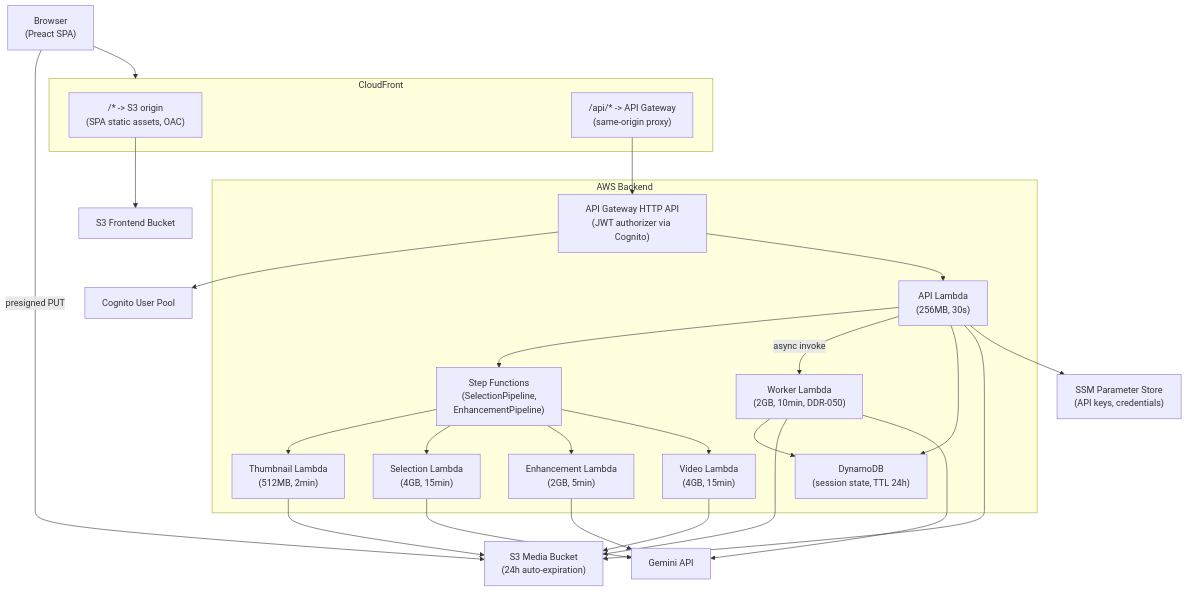
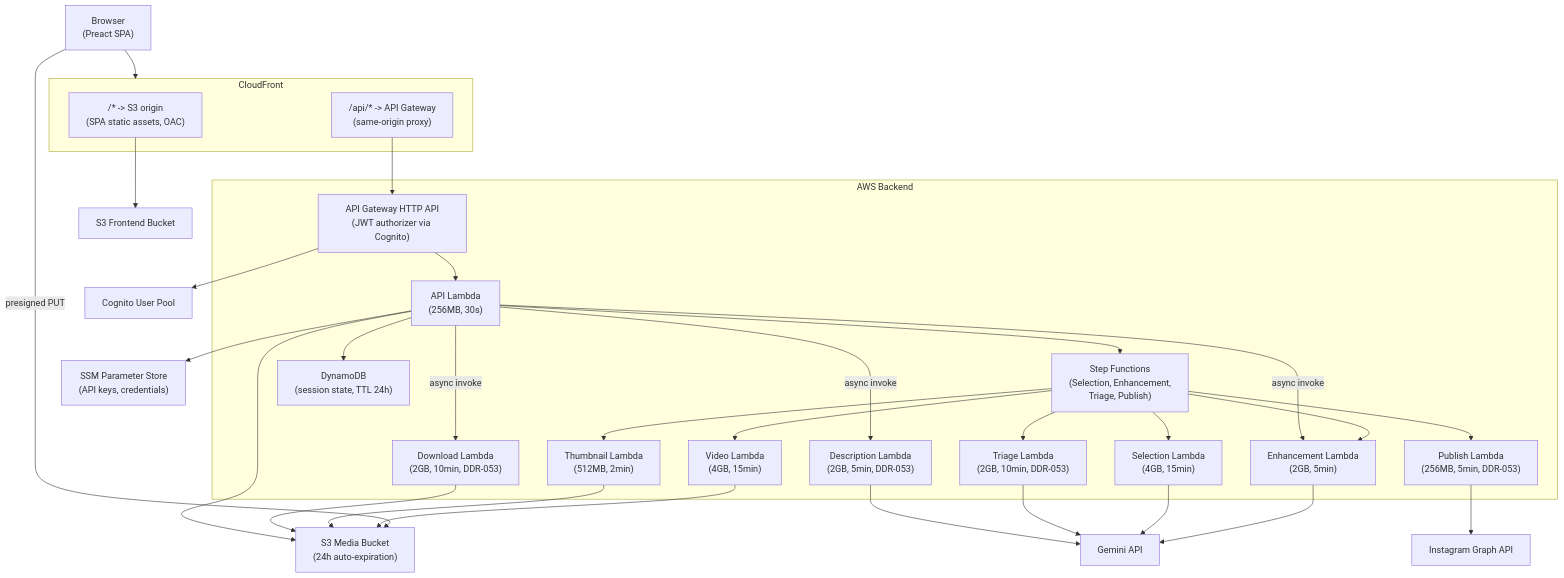
The third of 4 diagrams in docs/architecture.md (francis-pang/ai-social-media-helper), drawn with Mermaid before and after one commit. The commit also changed other lines of this file and 30 other files, not shown here.

First line of the commit message:
feat: split Worker Lambda into 4 domain-specific Lambdas + shared bootstrap (DDR-052, DDR-053)

````diff
--- a/docs/architecture.md
+++ b/docs/architecture.md
@@ -95,50 +101,59 @@
 ```mermaid
 graph TD
     Browser["Browser\n(Preact SPA)"]
 
     subgraph cloudfront [CloudFront]
         DefaultBehavior["/* -> S3 origin\n(SPA static assets, OAC)"]
         APIBehavior["/api/* -> API Gateway\n(same-origin proxy)"]
     end
 
     subgraph aws [AWS Backend]
         APIGW["API Gateway HTTP API\n(JWT authorizer via Cognito)"]
         APILambda["API Lambda\n(256MB, 30s)"]
-        WorkerLambda["Worker Lambda\n(2GB, 10min, DDR-050)"]
+        TriageLambda["Triage Lambda\n(2GB, 10min, DDR-053)"]
+        DescriptionLambda["Description Lambda\n(2GB, 5min, DDR-053)"]
+        DownloadLambda["Download Lambda\n(2GB, 10min, DDR-053)"]
+        PublishLambda["Publish Lambda\n(256MB, 5min, DDR-053)"]
         ThumbLambda["Thumbnail Lambda\n(512MB, 2min)"]
         SelectionLambda["Selection Lambda\n(4GB, 15min)"]
         EnhancementLambda["Enhancement Lambda\n(2GB, 5min)"]
         VideoLambda["Video Lambda\n(4GB, 15min)"]
-        StepFn["Step Functions\n(SelectionPipeline,\nEnhancementPipeline)"]
+        StepFn["Step Functions\n(Selection, Enhancement,\nTriage, Publish)"]
         DynamoDB["DynamoDB\n(session state, TTL 24h)"]
     end
 
     S3Media["S3 Media Bucket\n(24h auto-expiration)"]
     S3Frontend["S3 Frontend Bucket"]
     GeminiAPI["Gemini API"]
+    InstagramAPI["Instagram Graph API"]
     SSM["SSM Parameter Store\n(API keys, credentials)"]
     Cognito["Cognito User Pool"]
 
     Browser --> cloudfront
     DefaultBehavior --> S3Frontend
     APIBehavior --> APIGW
     APIGW --> Cognito
     APIGW --> APILambda
     APILambda --> StepFn
-    APILambda -->|"async invoke"| WorkerLambda
+    APILambda -->|"async invoke"| DescriptionLambda
+    APILambda -->|"async invoke"| DownloadLambda
+    APILambda -->|"async invoke"| EnhancementLambda
     APILambda --> DynamoDB
     APILambda --> S3Media
-    WorkerLambda --> DynamoDB
-    WorkerLambda --> S3Media
-    WorkerLambda --> GeminiAPI
+    DescriptionLambda --> GeminiAPI
+    DownloadLambda --> S3Media
+    StepFn --> TriageLambda
+    StepFn --> PublishLambda
     StepFn --> ThumbLambda
     StepFn --> SelectionLambda
     StepFn --> EnhancementLambda
     StepFn --> VideoLambda
+    TriageLambda --> GeminiAPI
+    PublishLambda --> InstagramAPI
     ThumbLambda --> S3Media
     SelectionLambda --> GeminiAPI
     EnhancementLambda --> GeminiAPI
     VideoLambda --> S3Media
     APILambda --> SSM
     Browser -->|"presigned PUT"| S3Media
 ```
````
